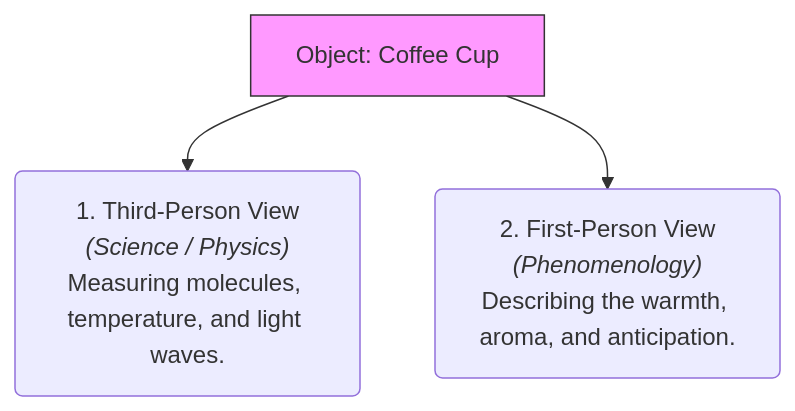
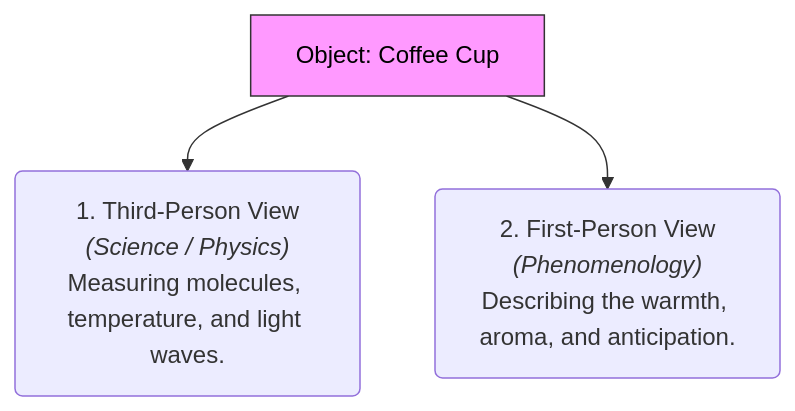
Before and after one commit to AtlasRoX/everything101: the diagram in humanities-finance-society/Philosophy/Phenomenology101.md, drawn with Mermaid. The commit also changed 27 other files, not shown here.

````diff
--- a/humanities-finance-society/Philosophy/Phenomenology101.md
+++ b/humanities-finance-society/Philosophy/Phenomenology101.md
@@ -22,7 +22,7 @@
 ```mermaid
 graph TD
     Coffee[Object: Coffee Cup] --> ThirdPerson("1. Third-Person View<br><i>(Science / Physics)</i><br>Measuring molecules, temperature, and light waves.")
     Coffee --> FirstPerson("2. First-Person View<br><i>(Phenomenology)</i><br>Describing the warmth, aroma, and anticipation.")
     
-    style Coffee fill:#f9f,stroke:#333
+    style Coffee fill:#f9f,stroke:#333,color:#000
 ```
````
